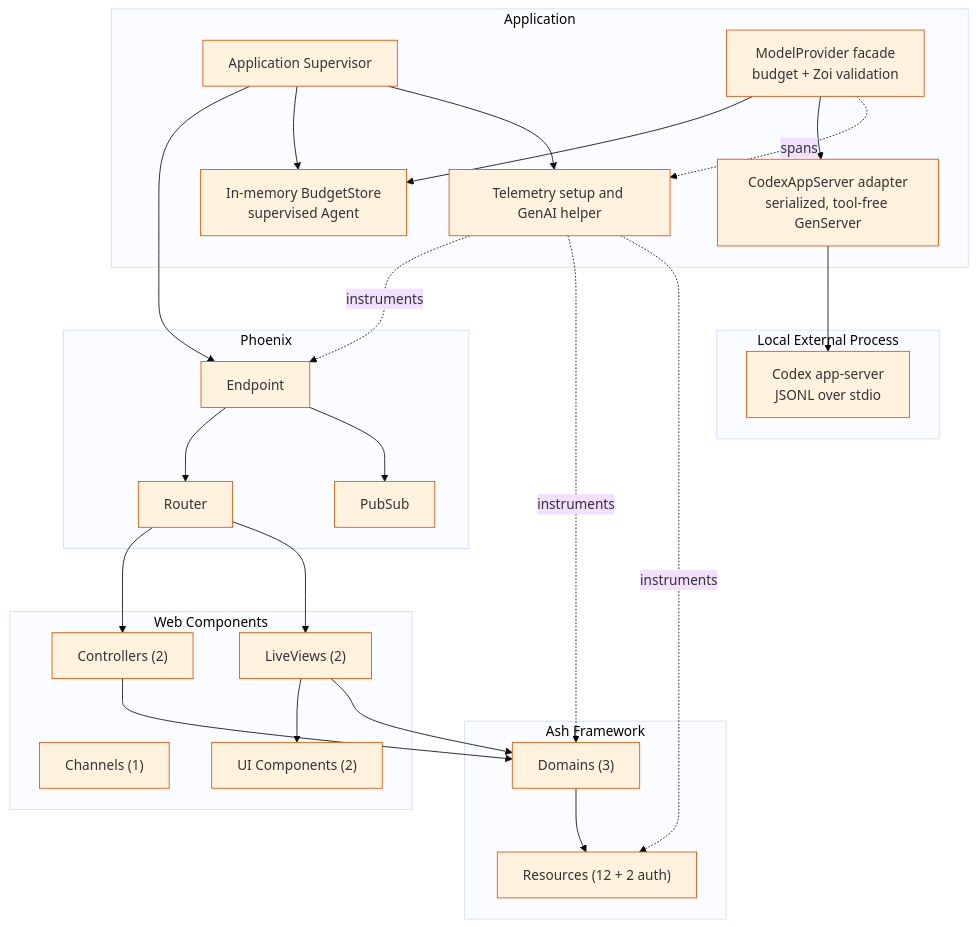
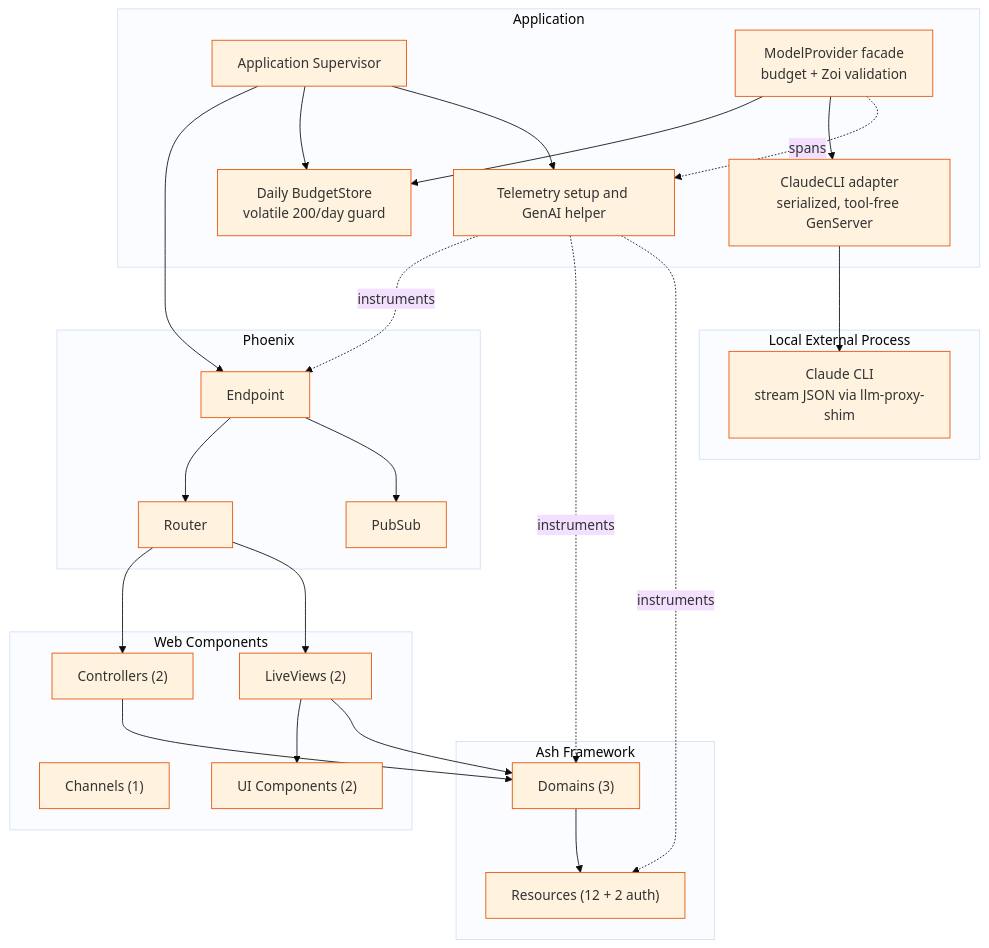
One commit to chops/sdr_agent changed the diagram in docs/architecture/components.mmd. Above: the diagram before and after it, drawn with Mermaid. The commit also changed 17 other files, not shown here.

Commit message:
Pivot model provider to attested Claude CLI

```diff
--- a/docs/architecture/components.mmd
+++ b/docs/architecture/components.mmd
@@ -1,50 +1,50 @@
 %%{init: {'theme': 'base', 'themeVariables': { 'primaryColor': '#fff3e0', 'primaryBorderColor': '#e65100'}}}%%
 graph TB
     subgraph Application["Application"]
         App[Application Supervisor]
-        Budget[In-memory BudgetStore<br/>supervised Agent]
+        Budget[Daily BudgetStore<br/>volatile 200/day guard]
         ModelProvider[ModelProvider facade<br/>budget + Zoi validation]
-        CodexAdapter[CodexAppServer adapter<br/>serialized, tool-free GenServer]
+        ClaudeCLIAdapter[ClaudeCLI adapter<br/>serialized, tool-free GenServer]
         Telemetry[Telemetry setup and GenAI helper]
     end
 
     subgraph Phoenix["Phoenix"]
         Endpoint[Endpoint]
         Router[Router]
         PubSub[PubSub]
     end
 
     subgraph Web["Web Components"]
         Controllers["Controllers (2)"]
         LiveViews["LiveViews (2)"]
         Channels["Channels (1)"]
         UIComponents["UI Components (2)"]
     end
 
     subgraph Ash["Ash Framework"]
         Domains["Domains (3)"]
         Resources["Resources (12 + 2 auth)"]
     end
 
     subgraph External["Local External Process"]
-        Codex[Codex app-server<br/>JSONL over stdio]
+        Claude[Claude CLI<br/>stream JSON via llm-proxy-shim]
     end
 
     App --> Endpoint
     App --> Budget
     App --> Telemetry
     ModelProvider --> Budget
-    ModelProvider --> CodexAdapter
+    ModelProvider --> ClaudeCLIAdapter
     ModelProvider -. spans .-> Telemetry
-    CodexAdapter --> Codex
+    ClaudeCLIAdapter --> Claude
     Endpoint --> Router
     Endpoint --> PubSub
     Router --> Controllers
     Router --> LiveViews
     LiveViews --> UIComponents
     Controllers --> Domains
     LiveViews --> Domains
     Domains --> Resources
     Telemetry -. instruments .-> Endpoint
     Telemetry -. instruments .-> Domains
     Telemetry -. instruments .-> Resources
```
